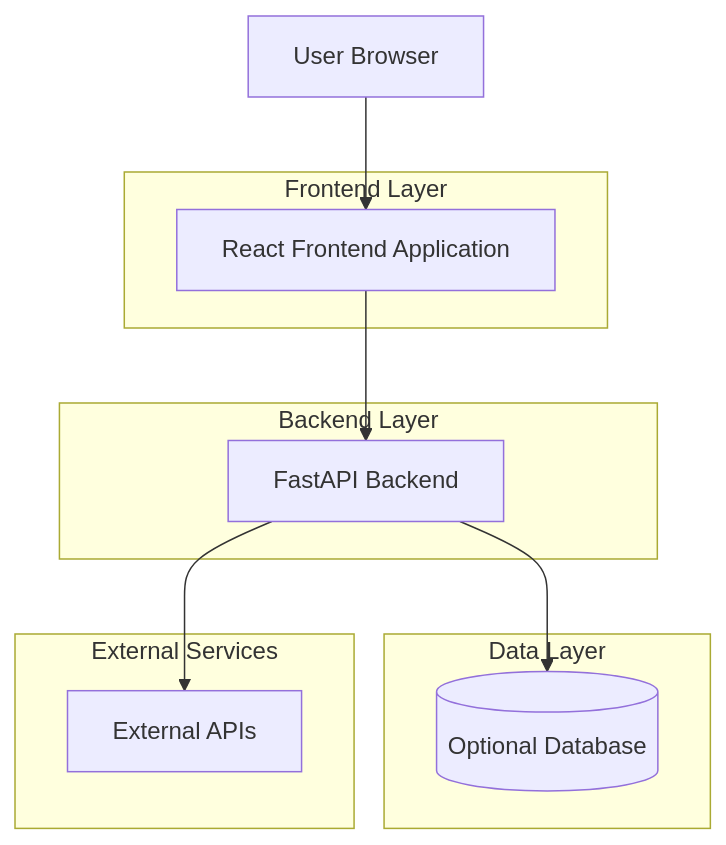
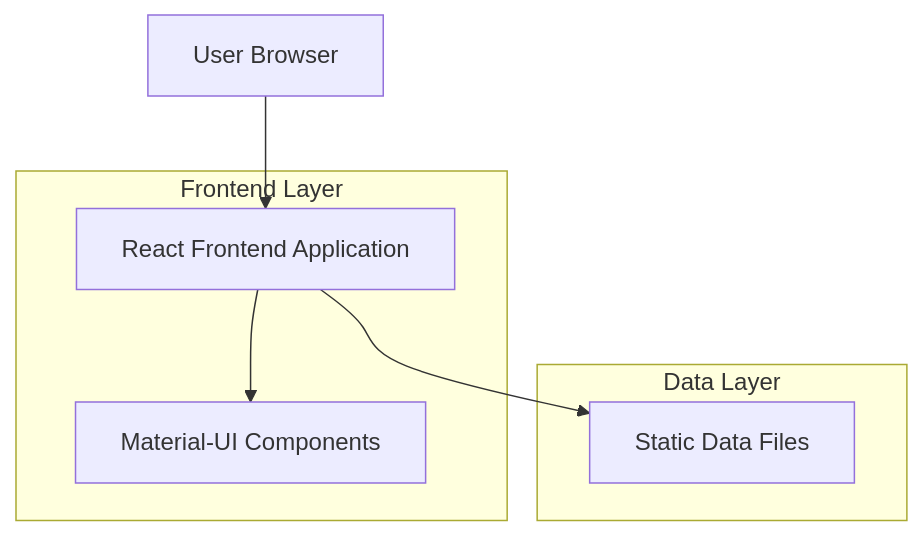
One commit to FeiWangHub/abcAICommunityLiveDemo changed the first of 2 diagrams in .trae/documents/abc-ai-community-technical-architecture.md. Above: the diagram before and after it, drawn with Mermaid. The commit also changed other lines of this file and 25 other files, not shown here.

````diff
--- a/.trae/documents/abc-ai-community-technical-architecture.md
+++ b/.trae/documents/abc-ai-community-technical-architecture.md
@@ -3,23 +3,15 @@
 ```mermaid
 graph TD
   A[User Browser] --> B[React Frontend Application]
-  B --> C[FastAPI Backend]
-  C --> D[(Optional Database)]
-  C --> E[External APIs]
+  B --> C[Material-UI Components]
+  B --> D[Static Data Files]
 
   subgraph "Frontend Layer"
-      B
-  end
-
-  subgraph "Backend Layer"
-      C
+    B
+    C
   end
 
   subgraph "Data Layer"
-      D
-  end
-
-  subgraph "External Services"
-      E
+    D
   end
 ```
````
